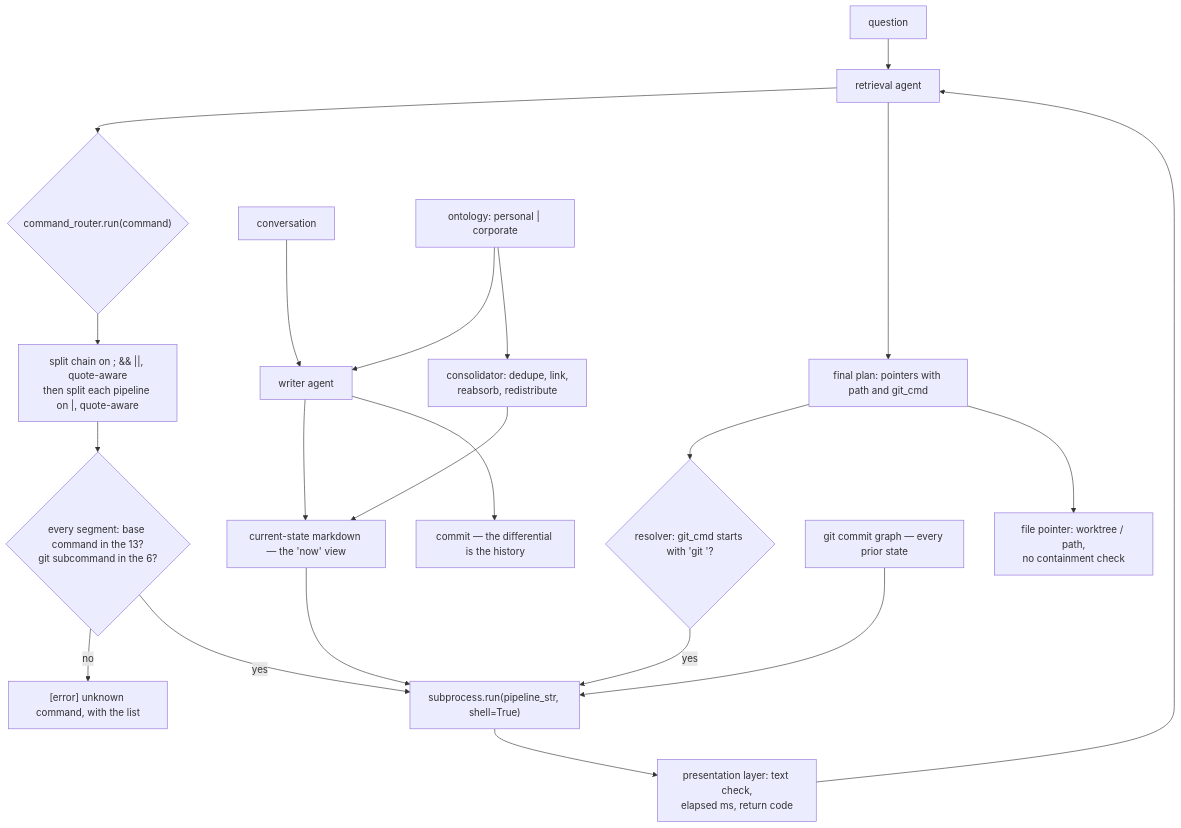
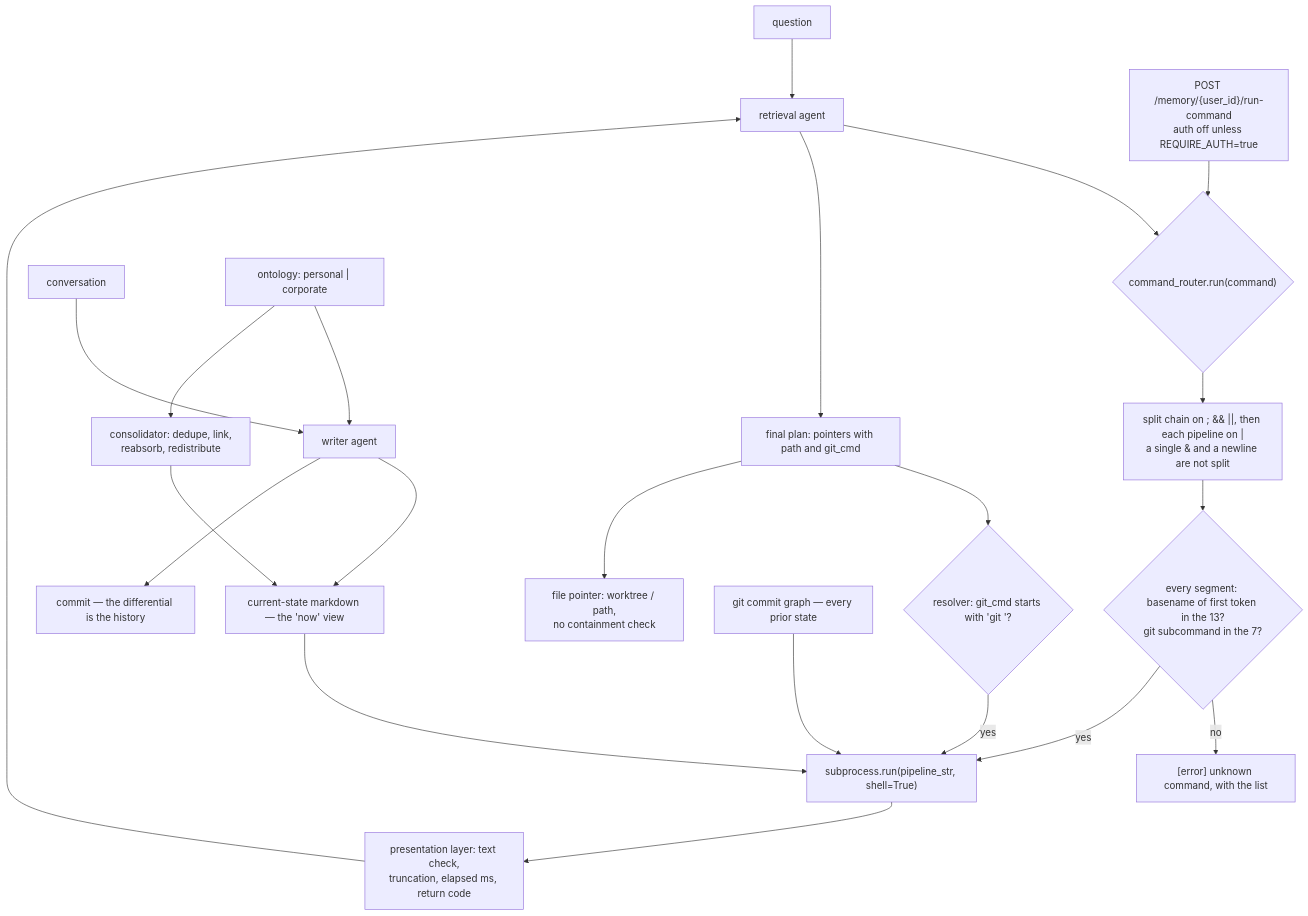
Before and after one commit to neoneye/agent-memory-atlas: the diagram in content/systems/diffmem.md, drawn with Mermaid. The commit also changed other lines of this file and 10 other files, not shown here.

Commit message:
Audit DiffMem at the unchanged pin: a single & slips past the command validator, and the run-command route is unauthenticated by default

````diff
--- a/content/systems/diffmem.md
+++ b/content/systems/diffmem.md
@@ -74,24 +80,25 @@
 ```mermaid
-%% caption: the current markdown is the now view and the git commit graph is every prior state, both reached through a quote-aware command allowlist that validates each segment of a pipeline before running it
+%% caption: the current markdown is the now view and the git commit graph is every prior state, both reached through a quote-aware command allowlist whose separators are a subset of the shell's
 flowchart TD
     Q["question"] --> RA["retrieval agent"]
+    HTTP["POST /memory/{user_id}/run-command<br/>auth off unless REQUIRE_AUTH=true"] --> CR
     RA --> CR{"command_router.run(command)"}
     RA --> PLAN["final plan: pointers with path and git_cmd"]
     PLAN --> RES{"resolver: git_cmd starts with 'git '?"}
     RES -->|yes| SH
     PLAN --> RF["file pointer: worktree / path,<br/>no containment check"]
-    CR --> SPL["split chain on ; && ||, quote-aware<br/>then split each pipeline on |, quote-aware"]
-    SPL --> VAL{"every segment: base command in the 13?<br/>git subcommand in the 6?"}
+    CR --> SPL["split chain on ; && ||, then each pipeline on |<br/>a single & and a newline are not split"]
+    SPL --> VAL{"every segment: basename of first token in the 13?<br/>git subcommand in the 7?"}
     VAL -->|no| ERR["[error] unknown command, with the list"]
     VAL -->|yes| SH["subprocess.run(pipeline_str, shell=True)"]
-    SH --> PRES["presentation layer: text check,<br/>elapsed ms, return code"]
+    SH --> PRES["presentation layer: text check,<br/>truncation, elapsed ms, return code"]
     PRES --> RA
     CUR["current-state markdown — the 'now' view"] --> SH
     HIST["git commit graph — every prior state"] --> SH
     W["conversation"] --> WA["writer agent"]
     WA --> CUR
     WA --> CMT["commit — the differential is the history"]
     CON["consolidator: dedupe, link,<br/>reabsorb, redistribute"] --> CUR
     ONT["ontology: personal | corporate"] --> WA
     ONT --> CON
 ```
````
